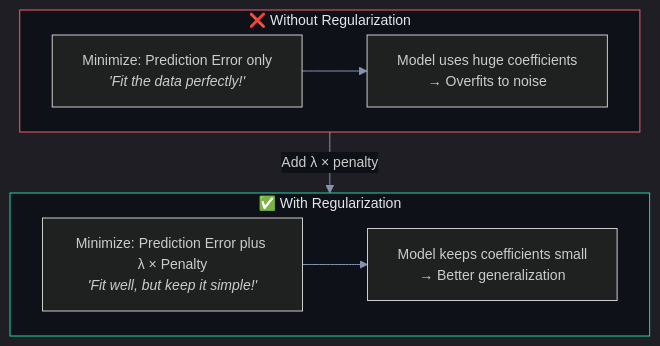
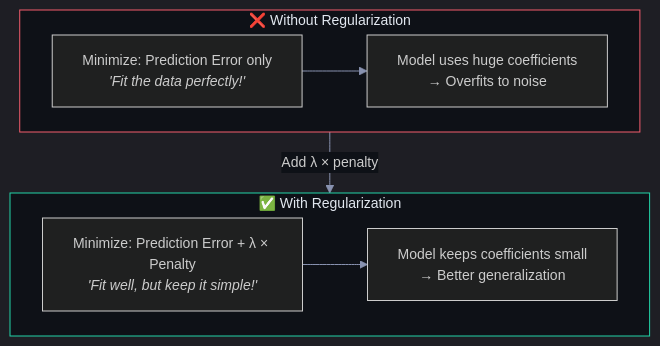
Before and after one commit to snehith1234/StudyCircle: the fourth of 10 diagrams in Documents/Visual_Guides/ML_Concepts/Bias_Variance_Regularization_Visual.md, drawn with Mermaid. The commit also changed other lines of this file and 10 other files, not shown here.

First line of the commit message:
Fix Mermaid formatting and add RNN/LSTM guides

````diff
--- a/Documents/Visual_Guides/ML_Concepts/Bias_Variance_Regularization_Visual.md
+++ b/Documents/Visual_Guides/ML_Concepts/Bias_Variance_Regularization_Visual.md
@@ -134,18 +134,18 @@
 ```mermaid
 %%{init: {'theme': 'dark', 'themeVariables': {'darkMode': true, 'background': '#0e1117', 'primaryColor': '#1a1d2e', 'primaryTextColor': '#e2e8f0', 'primaryBorderColor': '#2d3148', 'lineColor': '#8892b0', 'secondaryColor': '#252840', 'tertiaryColor': '#1a1d2e', 'fontSize': '14px', 'edgeLabelBackground': '#0e1117'}, 'flowchart': {'nodeSpacing': 30, 'rankSpacing': 40, 'padding': 15, 'htmlLabels': true}}}%%
 graph TD
     subgraph WITHOUT["❌ Without Regularization"]
         W1["Minimize: Prediction Error only<br/><i>'Fit the data perfectly!'</i>"]
         W1 --> W2["Model uses huge coefficients<br/>→ Overfits to noise"]
     end
 
     subgraph WITH["✅ With Regularization"]
-        R1["Minimize: Prediction Error plus λ × Penalty<br/><i>'Fit well, but keep it simple!'</i>"]
+        R1["Minimize: Prediction Error + λ × Penalty<br/><i>'Fit well, but keep it simple!'</i>"]
         R1 --> R2["Model keeps coefficients small<br/>→ Better generalization"]
     end
 
     WITHOUT -->|"Add λ × penalty"| WITH
 
     style WITHOUT fill:#0e1117,stroke:#f45d6d,color:#e2e8f0
     style WITH fill:#0e1117,stroke:#22d3a7,color:#e2e8f0
 ```
````
